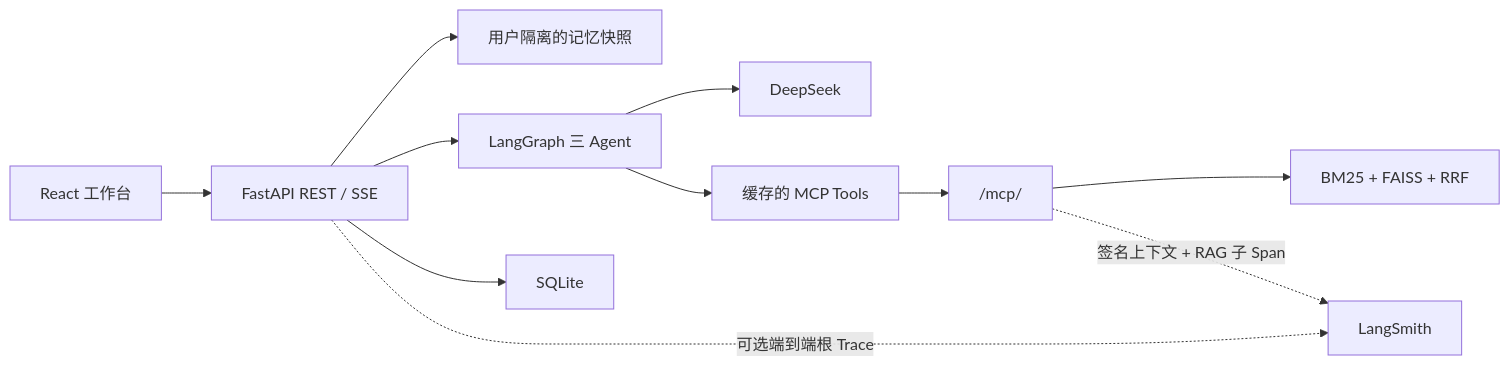
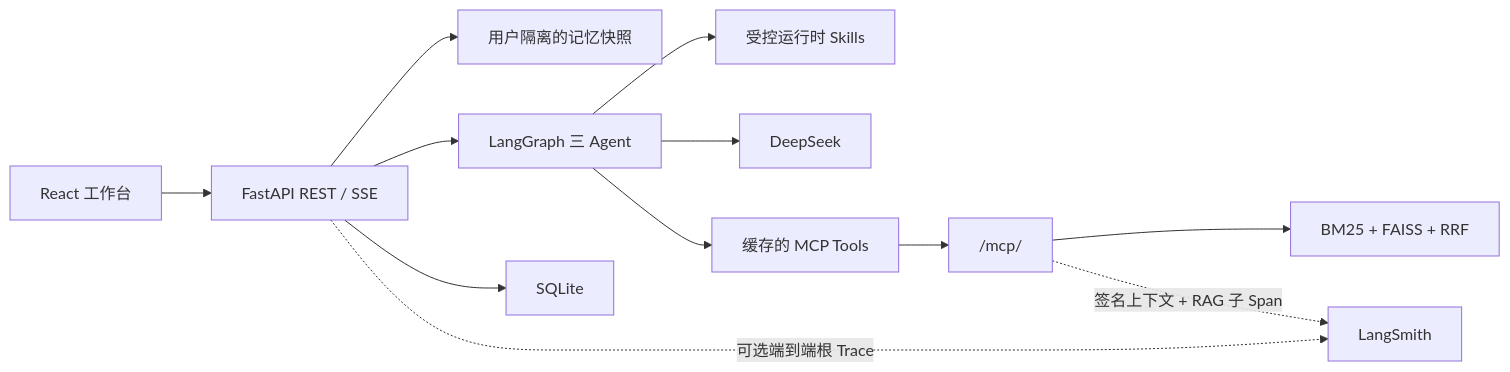
The diagram in resume/README.md (Vinn7/LawStation), drawn with Mermaid before and after one commit. The commit also changed other lines of this file and 37 other files, not shown here.

````diff
--- a/resume/README.md
+++ b/resume/README.md
@@ -35,13 +45,14 @@
 ```mermaid
 flowchart LR
     UI["React 工作台"] --> API["FastAPI REST / SSE"]
     API --> MEMORY["用户隔离的记忆快照"]
     API --> GRAPH["LangGraph 三 Agent"]
+    GRAPH --> SKILLS["受控运行时 Skills"]
     GRAPH --> LLM["DeepSeek"]
     GRAPH --> TOOLS["缓存的 MCP Tools"]
     TOOLS --> MCP["/mcp/"]
     MCP --> RAG["BM25 + FAISS + RRF"]
     API --> DB["SQLite"]
     API -. "可选端到端根 Trace" .-> LS["LangSmith"]
     MCP -. "签名上下文 + RAG 子 Span" .-> LS
 ```
````
